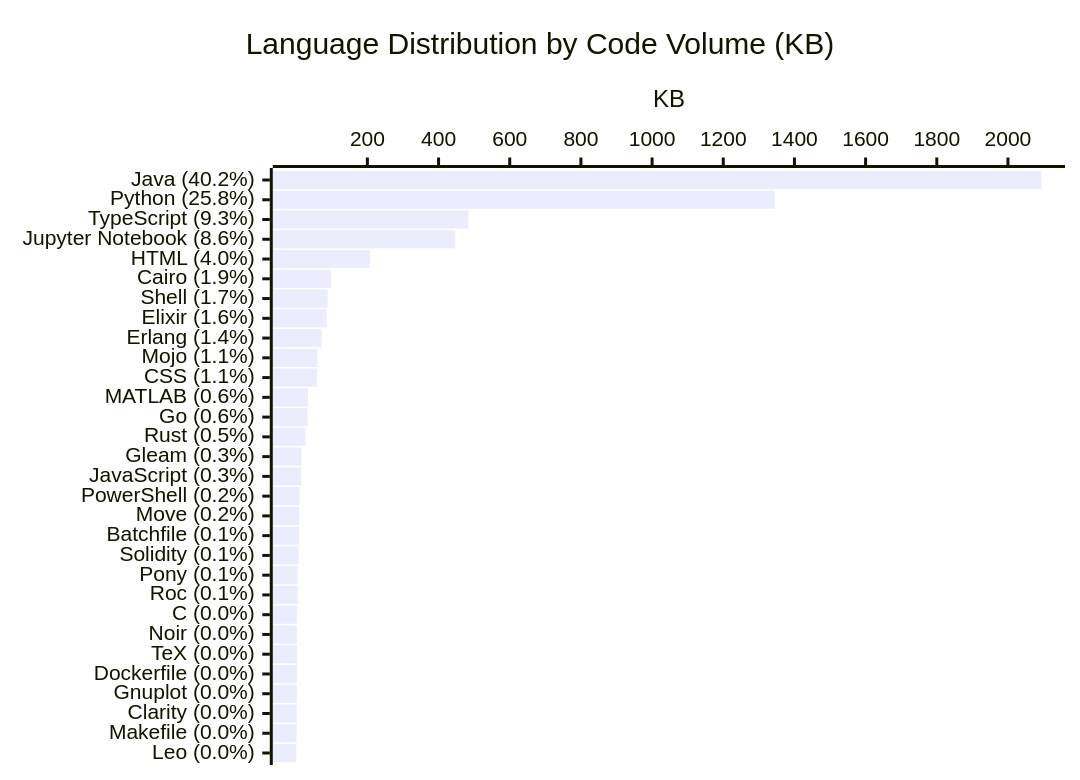
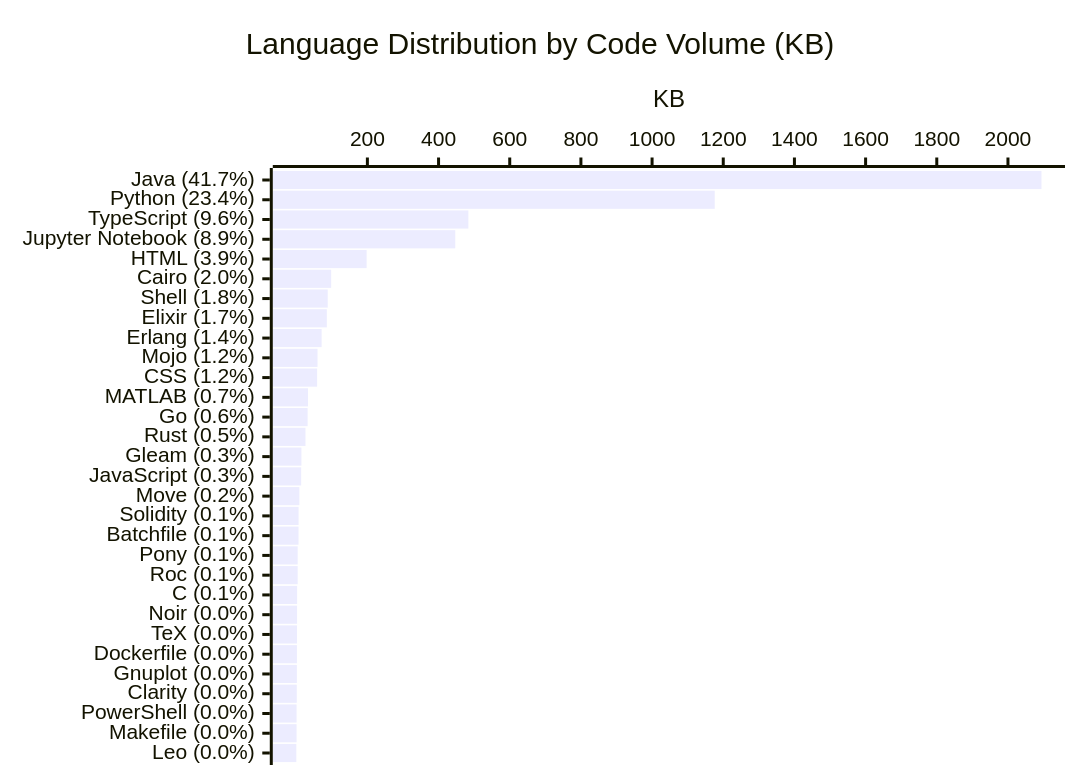
Before and after one commit to KathiraveluLab/.github: the diagram in profile/README.md, drawn with Mermaid. The commit also changed other lines of this file and 1 other file, not shown here.

````diff
--- a/profile/README.md
+++ b/profile/README.md
@@ -64,7 +64,7 @@
 ```mermaid
 xychart-beta horizontal
     title "Language Distribution by Code Volume (KB)"
-    x-axis ["Java (40.2%)", "Python (25.8%)", "TypeScript (9.3%)", "Jupyter Notebook (8.6%)", "HTML (4.0%)", "Cairo (1.9%)", "Shell (1.7%)", "Elixir (1.6%)", "Erlang (1.4%)", "Mojo (1.1%)", "CSS (1.1%)", "MATLAB (0.6%)", "Go (0.6%)", "Rust (0.5%)", "Gleam (0.3%)", "JavaScript (0.3%)", "PowerShell (0.2%)", "Move (0.2%)", "Batchfile (0.1%)", "Solidity (0.1%)", "Pony (0.1%)", "Roc (0.1%)", "C (0.0%)", "Noir (0.0%)", "TeX (0.0%)", "Dockerfile (0.0%)", "Gnuplot (0.0%)", "Clarity (0.0%)", "Makefile (0.0%)", "Leo (0.0%)"]
+    x-axis ["Java (41.7%)", "Python (23.4%)", "TypeScript (9.6%)", "Jupyter Notebook (8.9%)", "HTML (3.9%)", "Cairo (2.0%)", "Shell (1.8%)", "Elixir (1.7%)", "Erlang (1.4%)", "Mojo (1.2%)", "CSS (1.2%)", "MATLAB (0.7%)", "Go (0.6%)", "Rust (0.5%)", "Gleam (0.3%)", "JavaScript (0.3%)", "Move (0.2%)", "Solidity (0.1%)", "Batchfile (0.1%)", "Pony (0.1%)", "Roc (0.1%)", "C (0.1%)", "Noir (0.0%)", "TeX (0.0%)", "Dockerfile (0.0%)", "Gnuplot (0.0%)", "Clarity (0.0%)", "PowerShell (0.0%)", "Makefile (0.0%)", "Leo (0.0%)"]
     y-axis "KB"
-    bar [2094.22, 1345.16, 483.75, 446.9, 207.27, 98.21, 88.61, 85.96, 71.37, 59.84, 58.73, 33.04, 32.03, 26.08, 14.6, 13.89, 9.6, 8.83, 7.79, 6.65, 4.14, 4.09, 2.58, 2.46, 2.29, 2.01, 1.82, 1.53, 0.99, 0.27]
+    bar [2094.22, 1176.08, 483.75, 446.9, 197.81, 98.21, 88.61, 85.96, 71.37, 59.84, 58.73, 33.04, 32.03, 26.08, 14.6, 13.89, 8.83, 6.65, 6.48, 4.14, 4.09, 2.58, 2.46, 2.29, 2.01, 1.82, 1.53, 1.02, 0.99, 0.27]
 ```
````
